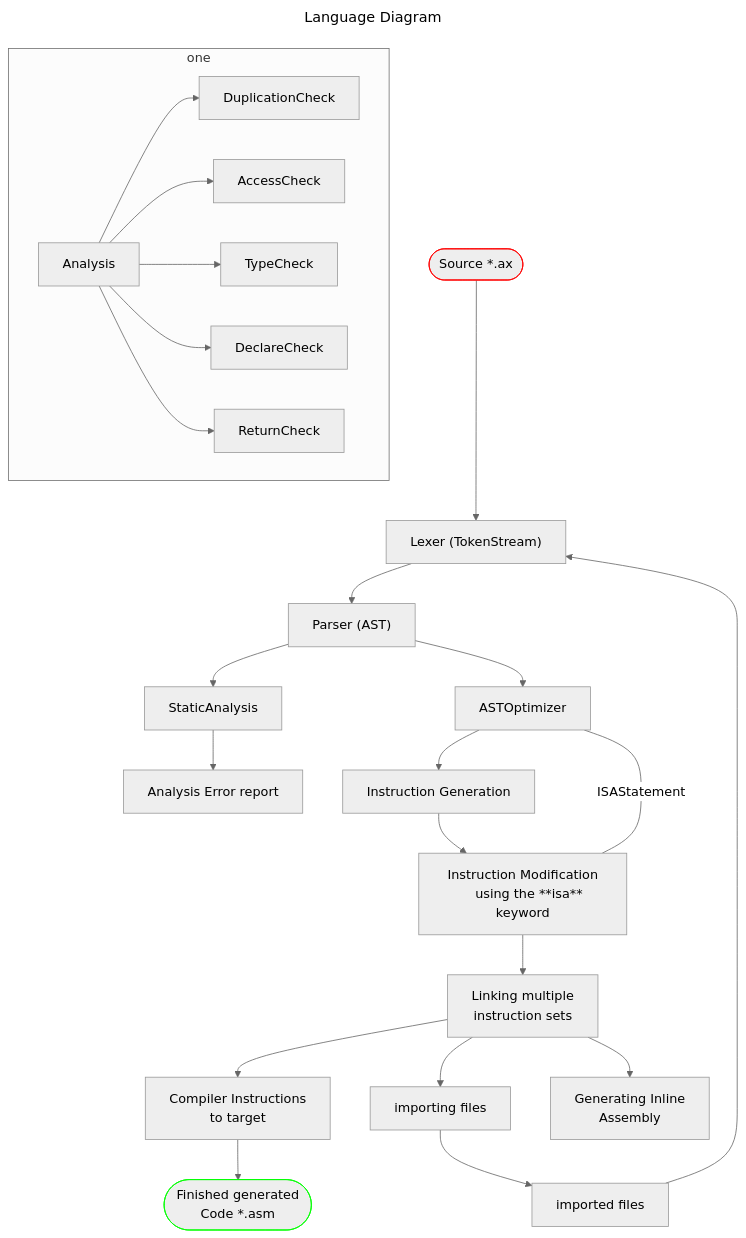
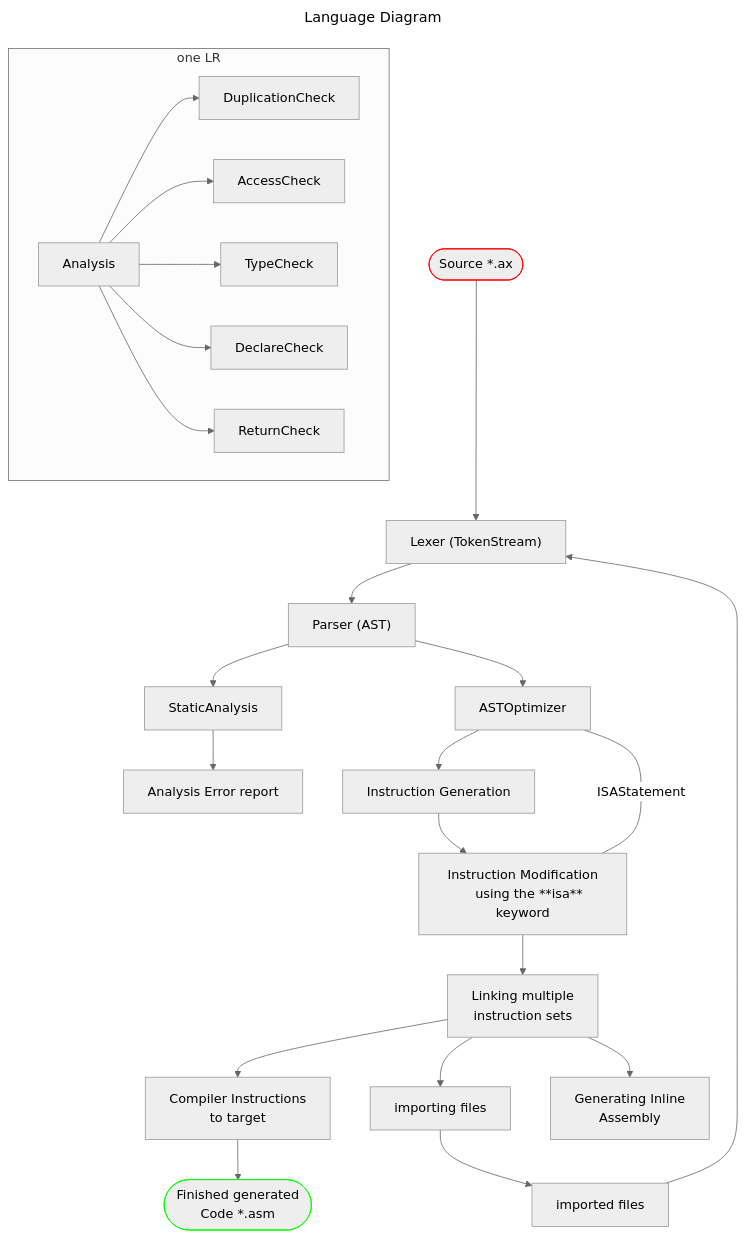
One commit to u64lisa/axiol-language changed the diagram in README.MD. Above: the diagram before and after it, drawn with Mermaid (neutral theme).

````diff
--- a/README.MD
+++ b/README.MD
@@ -15,53 +15,53 @@
 ```mermaid
 ---
 title: Language Diagram
 ---
 graph TD;
     classDef red stroke:#f00
     classDef green stroke:#0f0
 
     source(["Source *.ax"])
     lexer["Lexer (TokenStream)"]
     source:::red --> lexer
     parser["Parser (AST)"]
     lexer --> parser
     analysis["StaticAnalysis"]
     error_stage_1["Analysis Error report"]
     analysis --> error_stage_1
     
-    subgraph one
+    subgraph one LR;
     Analysis --> DuplicationCheck
     Analysis --> AccessCheck
     Analysis --> TypeCheck
     Analysis --> DeclareCheck
     Analysis --> ReturnCheck
     
     end
     
     optimising["ASTOptimizer"]
     parser --> analysis
     parser --> optimising    
     instructionGen["Instruction Generation"]
     optimising --> instructionGen
     instructionModification["Instruction Modification
     using the **isa** keyword"]
     instructionGen --> instructionModification
     optimising-- ISAStatement ---instructionModification
     linker["Linking multiple
     instruction sets"]
     instructionModification --> linker
     importingLogic["importing files"]
     importedSources["imported files"]
     linker --> importingLogic
     importingLogic --> importedSources
     importedSources --> lexer;
     compiler["Compiler Instructions
     to target"]
     inlineASM["Generating Inline 
     Assembly"]
     linker --> inlineASM
     linker --> compiler
        finishedCode(["Finished generated
         Code *.asm"])
     compiler --> finishedCode:::green
 ```
````
